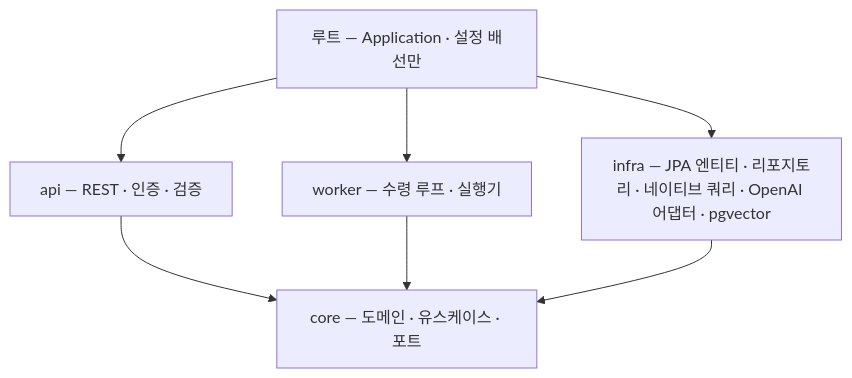
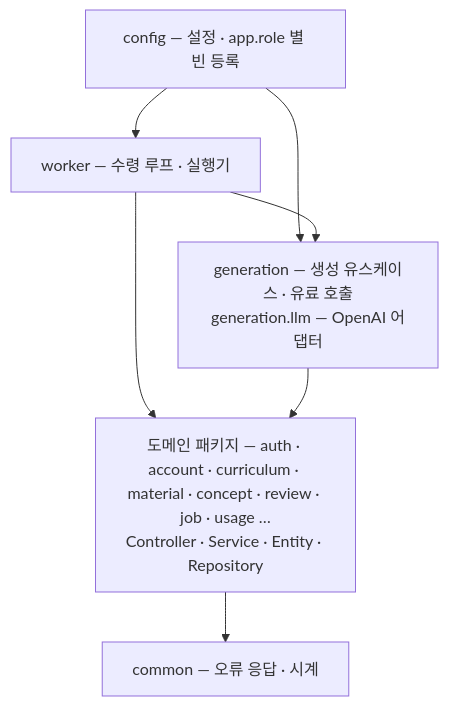
One commit to f-lab-edu/Mogum changed the first of 4 diagrams in docs/04-jobs-and-cost.md. Above: the diagram before and after it, drawn with Mermaid. The commit also changed other lines of this file and 12 other files, not shown here.

````diff
--- a/docs/04-jobs-and-cost.md
+++ b/docs/04-jobs-and-cost.md
@@ -53,14 +60,14 @@
 ```mermaid
 flowchart TD
-    APP["루트 — Application · 설정 배선만"]
-    API["api — REST · 인증 · 검증"]
+    CFG["config — 설정 · app.role 별 빈 등록"]
     WK["worker — 수령 루프 · 실행기"]
-    INF["infra — JPA 엔티티 · 리포지토리 · 네이티브 쿼리 · OpenAI 어댑터 · pgvector"]
-    CORE["core — 도메인 · 유스케이스 · 포트"]
-    APP --> API
-    APP --> WK
-    APP --> INF
-    API --> CORE
-    WK --> CORE
-    INF --> CORE
+    GEN["generation — 생성 유스케이스 · 유료 호출<br/>generation.llm — OpenAI 어댑터"]
+    DOM["도메인 패키지 — auth · account · curriculum · material · concept · review · job · usage …<br/>Controller · Service · Entity · Repository"]
+    COM["common — 오류 응답 · 시계"]
+    CFG --> WK
+    CFG --> GEN
+    WK --> GEN
+    WK --> DOM
+    GEN --> DOM
+    DOM --> COM
 ```
````
